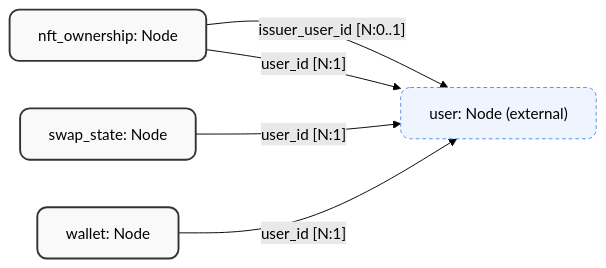
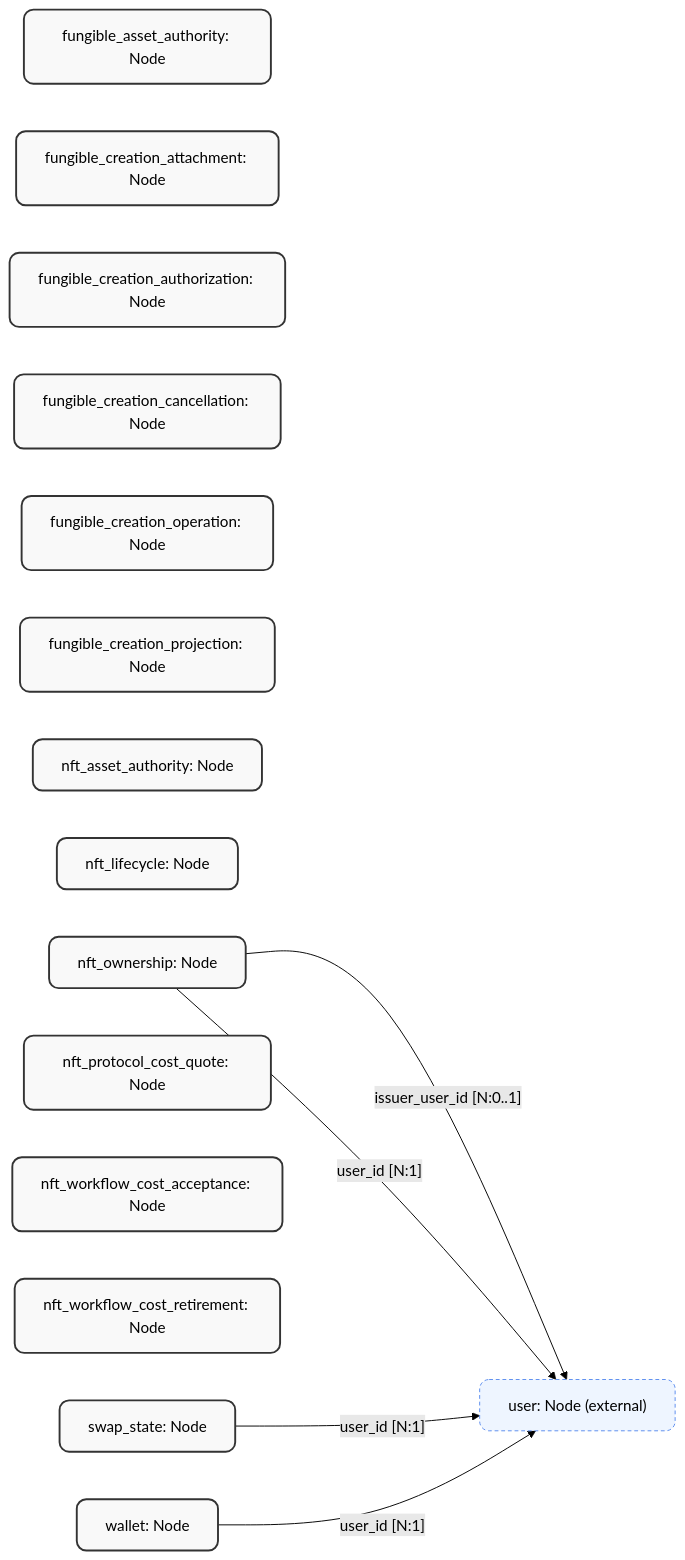
The diagram in Persistence/SurrealDb/Generated/Flowcharts/wallet_nft.flowchart.mermaid (JadeZaher/azoa-autonomous-zones-of-action), drawn with Mermaid (forest theme) before and after one commit. The commit also changed 94 other files, not shown here.

Commit message:
r4(schema): wip regenerate 131 schemas + flowcharts; 3.x type::is_number in unshipped D13 migration

```diff
--- a/Persistence/SurrealDb/Generated/Flowcharts/wallet_nft.flowchart.mermaid
+++ b/Persistence/SurrealDb/Generated/Flowcharts/wallet_nft.flowchart.mermaid
@@ -1,21 +1,32 @@
 graph LR
     %% Slice: wallet_nft
     %% GENERATED FILE -- do not edit. Source: SurrealDB schema attribute scan.
     %% Regenerate with: dotnet run --project packages/SurrealForge.Schema -- flowcharts
 
     %% Nodes in this slice
+    fungible_asset_authority["fungible_asset_authority: Node"]:::nodeClass
+    fungible_creation_attachment["fungible_creation_attachment: Node"]:::nodeClass
+    fungible_creation_authorization["fungible_creation_authorization: Node"]:::nodeClass
+    fungible_creation_cancellation["fungible_creation_cancellation: Node"]:::nodeClass
+    fungible_creation_operation["fungible_creation_operation: Node"]:::nodeClass
+    fungible_creation_projection["fungible_creation_projection: Node"]:::nodeClass
+    nft_asset_authority["nft_asset_authority: Node"]:::nodeClass
+    nft_lifecycle["nft_lifecycle: Node"]:::nodeClass
     nft_ownership["nft_ownership: Node"]:::nodeClass
+    nft_protocol_cost_quote["nft_protocol_cost_quote: Node"]:::nodeClass
+    nft_workflow_cost_acceptance["nft_workflow_cost_acceptance: Node"]:::nodeClass
+    nft_workflow_cost_retirement["nft_workflow_cost_retirement: Node"]:::nodeClass
     swap_state["swap_state: Node"]:::nodeClass
     wallet["wallet: Node"]:::nodeClass
 
     %% Cross-slice targets (rendered as ghost nodes)
     user["user: Node (external)"]:::externalNode
 
     %% Edges (outbound from this slice)
     nft_ownership -- "issuer_user_id [N:0..1]" --> user
     nft_ownership -- "user_id [N:1]" --> user
     swap_state -- "user_id [N:1]" --> user
     wallet -- "user_id [N:1]" --> user
 
     classDef nodeClass fill:#f9f9f9,stroke:#333,stroke-width:2px,rx:10px,ry:10px;
     classDef externalNode fill:#eef5ff,stroke:#5b8def,stroke-width:1px,stroke-dasharray:4 3,rx:10px,ry:10px;
```
